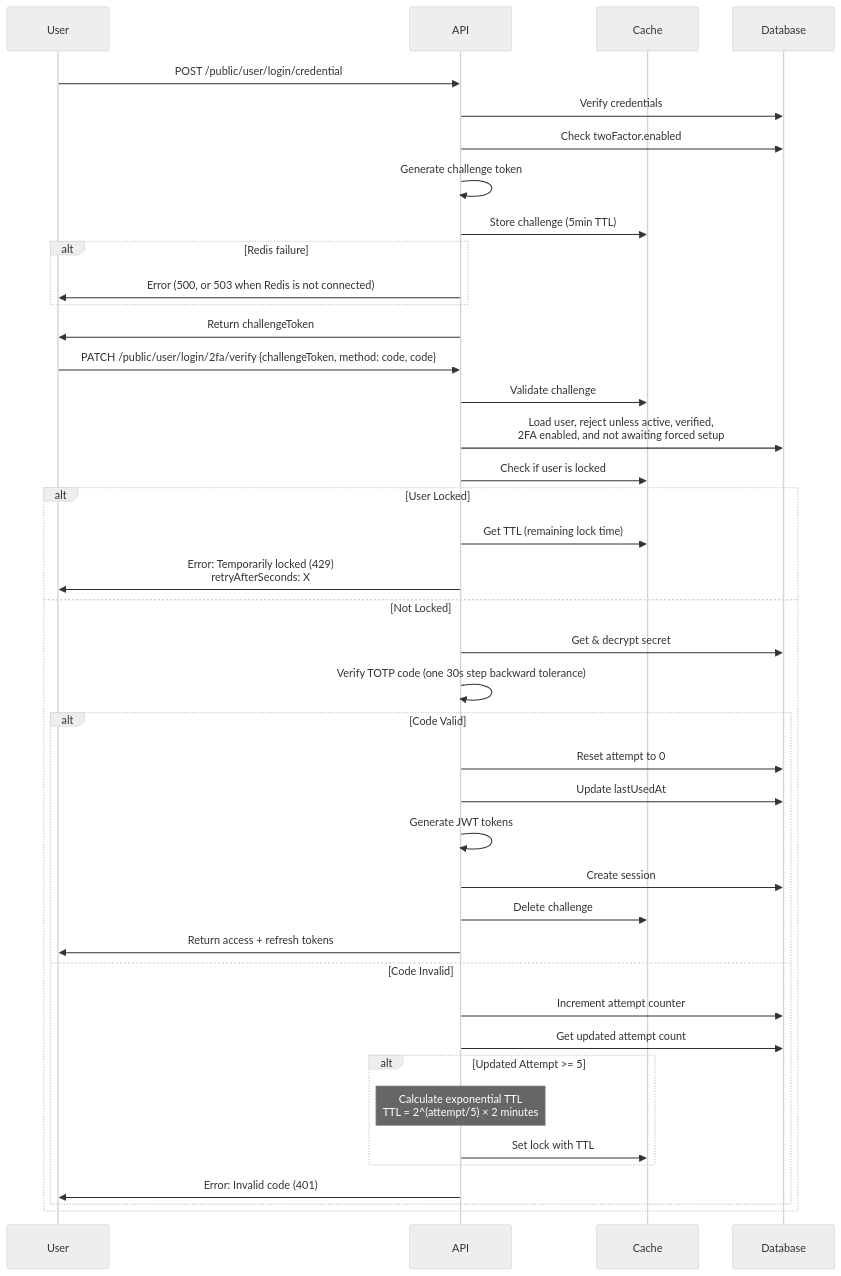
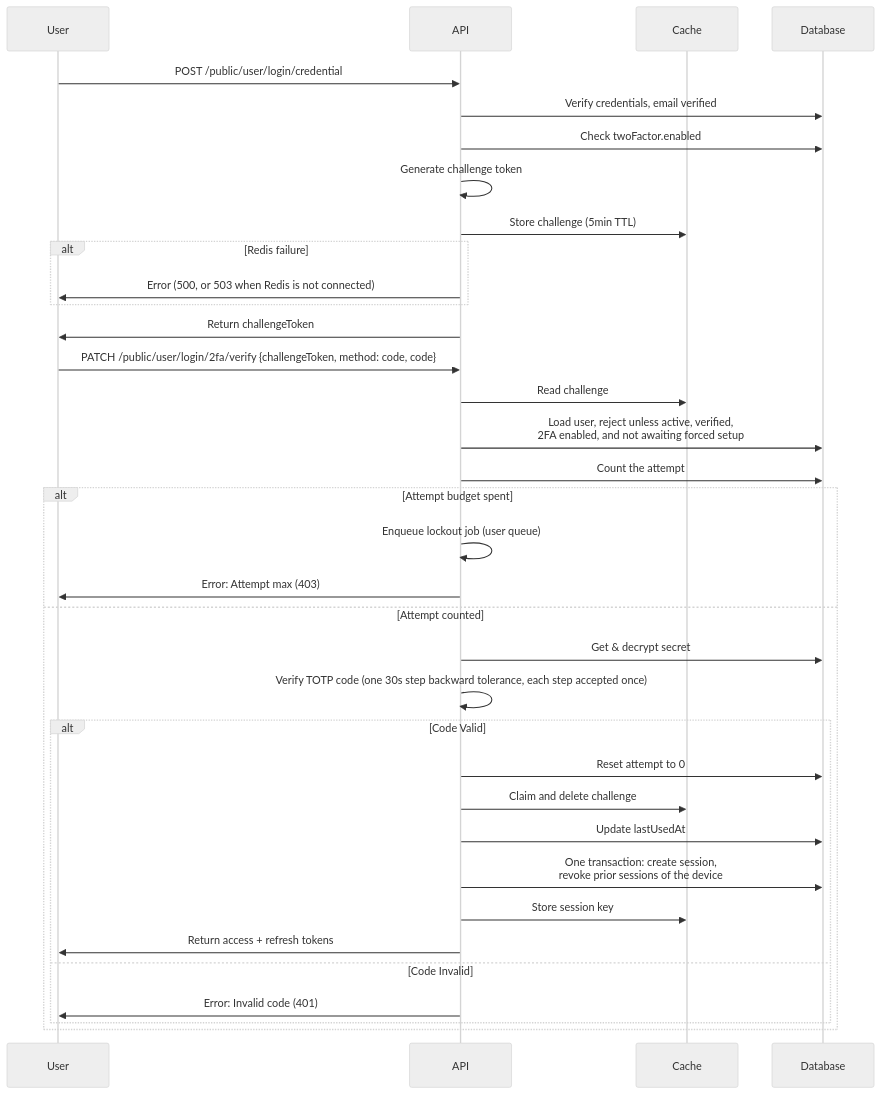
Before and after one commit to andrechristikan/ack-nestjs-boilerplate: the second of 9 diagrams in docs/two-factor.md, drawn with Mermaid (neutral theme). The commit also changed other lines of this file and 95 other files, not shown here.

Commit message:
feat(user): resend verification on unverified login and hold one signed-in user per device

````diff
--- a/docs/two-factor.md
+++ b/docs/two-factor.md
@@ -282,44 +255,38 @@
 ```mermaid
 sequenceDiagram
     participant User
     participant API
     participant Cache
     participant Database
 
     User->>API: POST /public/user/login/credential
-    API->>Database: Verify credentials
+    API->>Database: Verify credentials, email verified
     API->>Database: Check twoFactor.enabled
     API->>API: Generate challenge token
     API->>Cache: Store challenge (5min TTL)
     alt Redis failure
         API->>User: Error (500, or 503 when Redis is not connected)
     end
     API->>User: Return challengeToken
     User->>API: PATCH /public/user/login/2fa/verify {challengeToken, method: code, code}
-    API->>Cache: Validate challenge
+    API->>Cache: Read challenge
     API->>Database: Load user, reject unless active, verified,<br/>2FA enabled, and not awaiting forced setup
-    API->>Cache: Check if user is locked
-    alt User Locked
-        API->>Cache: Get TTL (remaining lock time)
-        API->>User: Error: Temporarily locked (429)<br/>retryAfterSeconds: X
-    else Not Locked
+    API->>Database: Count the attempt
+    alt Attempt budget spent
+        API->>API: Enqueue lockout job (user queue)
+        API->>User: Error: Attempt max (403)
+    else Attempt counted
         API->>Database: Get & decrypt secret
-        API->>API: Verify TOTP code (one 30s step backward tolerance)
+        API->>API: Verify TOTP code (one 30s step backward tolerance, each step accepted once)
         alt Code Valid
             API->>Database: Reset attempt to 0
+            API->>Cache: Claim and delete challenge
             API->>Database: Update lastUsedAt
-            API->>API: Generate JWT tokens
-            API->>Database: Create session
-            API->>Cache: Delete challenge
+            API->>Database: One transaction: create session,<br/>revoke prior sessions of the device
+            API->>Cache: Store session key
             API->>User: Return access + refresh tokens
         else Code Invalid
-            API->>Database: Increment attempt counter
-            API->>Database: Get updated attempt count
-            alt Updated Attempt >= 5
-                Note over API: Calculate exponential TTL<br/>TTL = 2^(attempt/5) × 2 minutes
-                API->>Cache: Set lock with TTL
-            end
             API->>User: Error: Invalid code (401)
         end
     end
 ```
````
